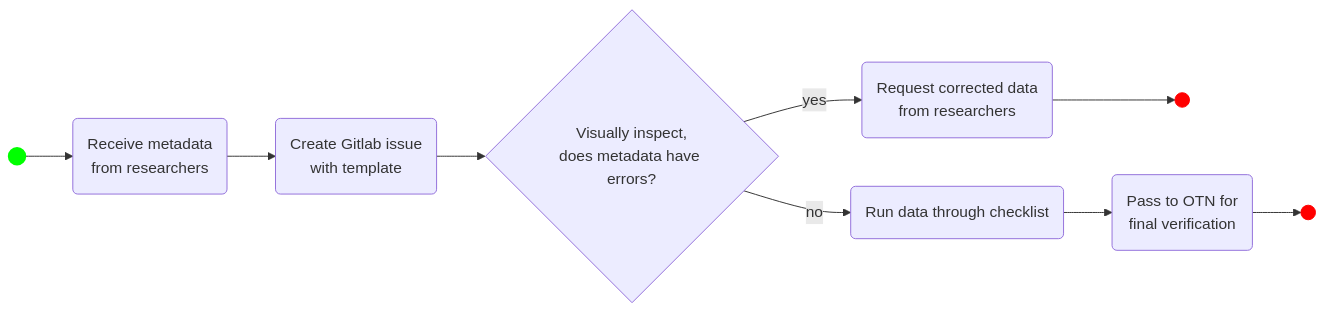
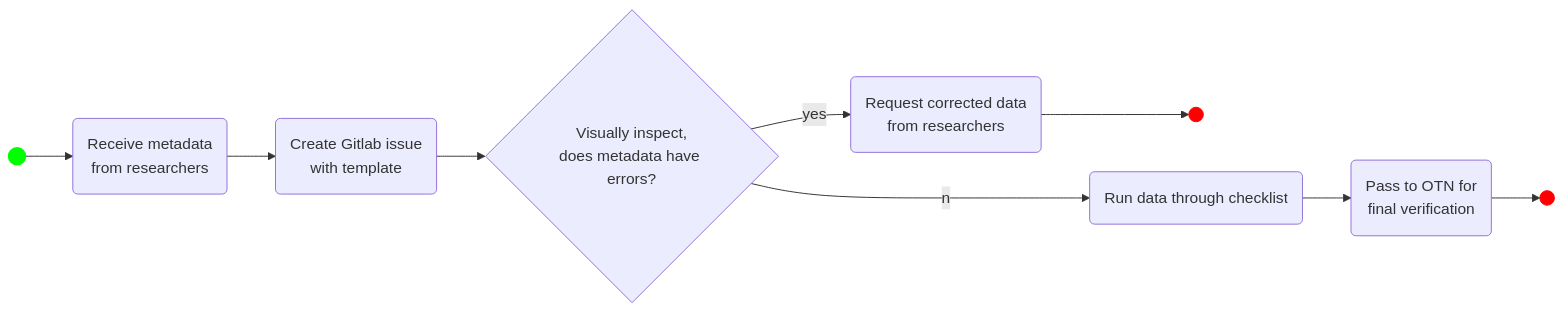
Before and after one commit to ocean-tracking-network/node-manager-training: the diagram in _episodes/04_workflow_gitlab_dbeaver.md, drawn with Mermaid.

Commit message:
Removed extra spacing to see if that would help render the diagram

````diff
--- a/_episodes/04_workflow_gitlab_dbeaver.md
+++ b/_episodes/04_workflow_gitlab_dbeaver.md
@@ -26,19 +26,19 @@
 ```mermaid
 flowchart LR
     data_start(( )) --> get_data(Receive metadata
 from researchers)
     style data_start fill:#00FF00,stroke:#00FF00,stroke-width:4px
     get_data --> gitlab(Create Gitlab issue
 with template)
     gitlab --> viz{Visually inspect,
 does metadata have errors?}
-    viz -- yes --> req(Request corrected data
+    viz --yes--> req(Request corrected data
 from researchers)
     req --> end1(( ))
     style end1 fill:#FF0000,stroke:#FF0000
-    viz --no --> run_checklist(Run data through checklist)
+    viz --no--> run_checklist(Run data through checklist)
     run_checklist --> otn_part(Pass to OTN for
 final verification)
     otn_part --> end2(( ))
     style end2 fill:#FF0000,stroke:#FF0000
 ```
````
